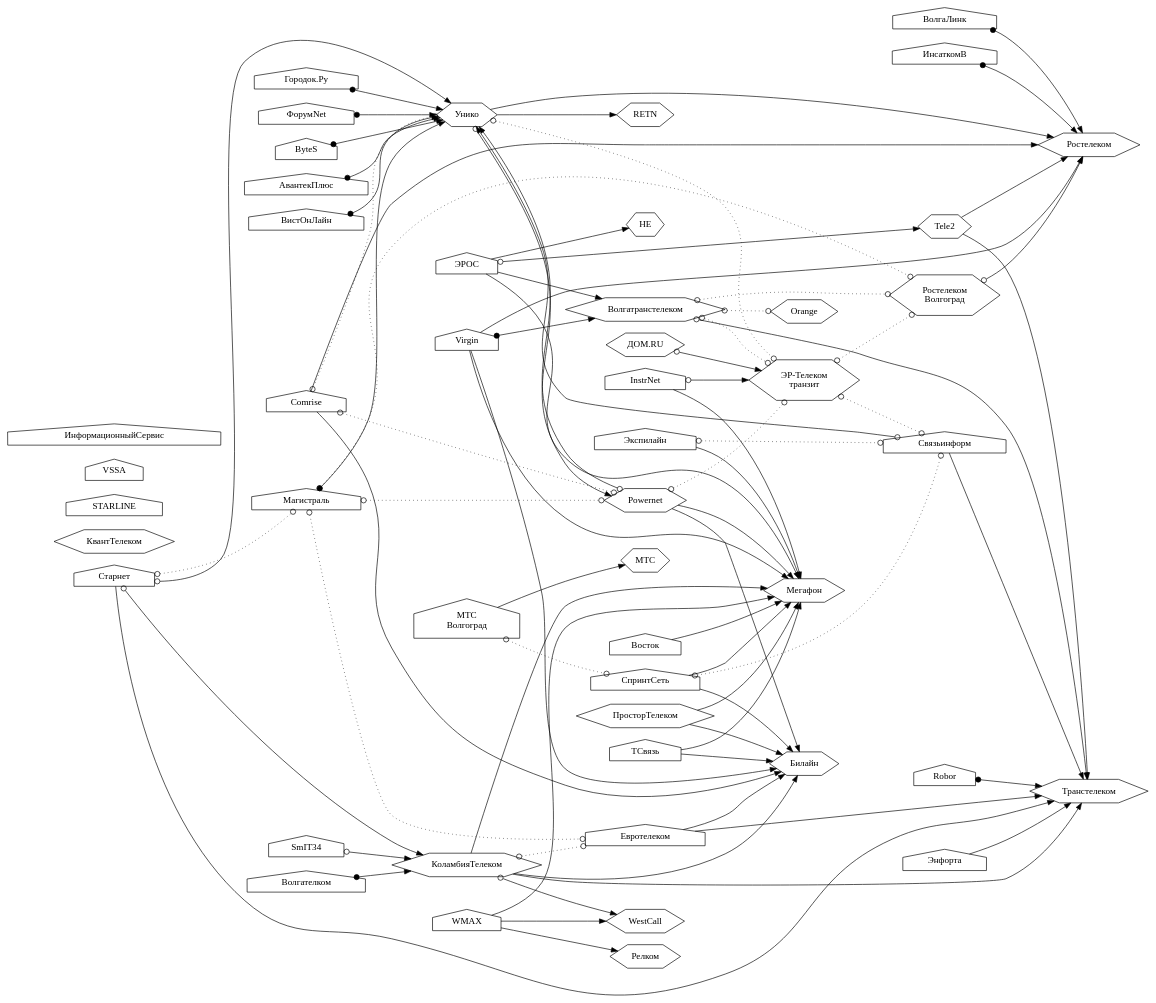
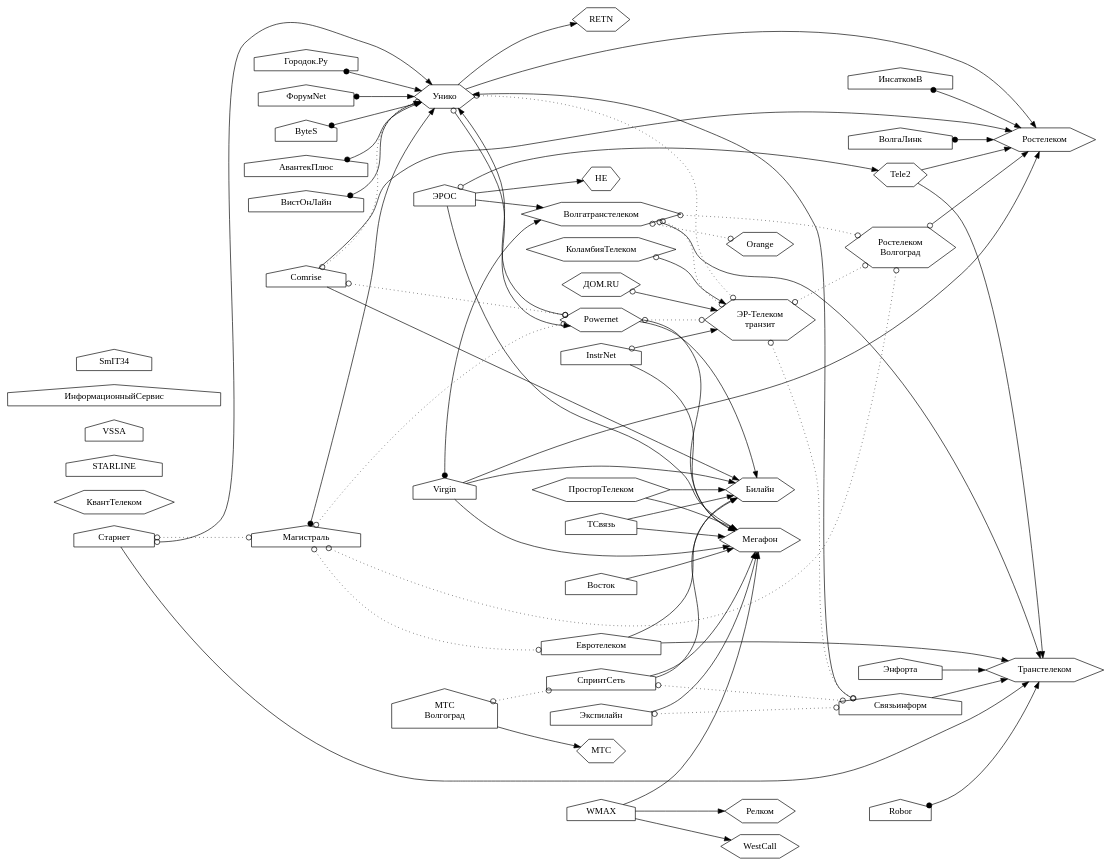
One commit to Urlandi/elsv-v.ru changed the diagram in static/links/links.dot. Above: the diagram before and after it, drawn with Graphviz. The commit also changed 5 other files, not shown here.

```diff
--- a/static/links/links.dot
+++ b/static/links/links.dot
@@ -1,186 +1,172 @@
 digraph ispgraph {
 
 rankdir = LR;
 node [shape=house;];
 
 Унико, ДомРу, ЭрТелеком, Транстелеком, Волгатранстелеком, Релком [shape=hexagon;];
 Мегафон, Вымпелком, КоламбияТелеком, Ростелеком, HE, КвантТелеком [shape=hexagon;];
 Tele2, МТС, ЮТК, Orange, ПросторТелеком, WestCall, Powernet, RETN [shape=hexagon;];
 
 ДомРу [label="ДОМ.RU"];
 ЭрТелеком [label="ЭР-Телеком\nтранзит"];
 МКС [label="МТС\nВолгоград"];
 ЮТК [label="Ростелеком\nВолгоград"];
 Вымпелком [label="Билайн"];
 ГородокТочкаРу [label="Городок.Ру"];
 
 subgraph backbone {/*Собственная опорная сеть*/
 Транстелеком;
 Мегафон;
 Вымпелком;
 Ростелеком;
 HE;
 МТС;
 Orange;
 ЭрТелеком;
 WestCall;
 };
 
 subgraph Ростелеком {/*Провайдеры члены Ростелеком*/
 Ростелеком;
 ЮТК;
 };
 
 subgraph ЭрТелекомХолдинг {/*ЭР-Телеком*/
 ДомРу;
 ЭрТелеком;
-};
-
-subgraph WestCall {/*Провайдеры члены WestCall*/
-WestCall;
 КоламбияТелеком;
 };
 
 {/*Отсутствует информация о подключении*/
 STARLINE;
 VSSA;
 ИнформационныйСервис;
 КвантТелеком;
+SmIT34;
 };
 
 
 {/*Магистральные связи*/
 
 Связьинформ -> Транстелеком;
 
 Tele2 -> Ростелеком;
 Tele2 -> Транстелеком;
 
 СпринтСеть -> Вымпелком;
 СпринтСеть -> Мегафон;
 
 Старнет -> Транстелеком;
 
 Экспилайн -> Мегафон;
 
 ЭРОС -> Волгатранстелеком;
 ЭРОС -> HE;
 ЭРОС -> Мегафон;
 
 Comrise -> Ростелеком;
 Comrise -> Вымпелком;
 
 МКС -> МТС;
 
 Powernet -> Мегафон;
 Powernet -> Вымпелком;
 
 Евротелеком -> Транстелеком;
 Евротелеком -> Вымпелком;
 
-КоламбияТелеком -> Транстелеком;
-КоламбияТелеком -> Вымпелком;
-КоламбияТелеком -> Мегафон;
-
 Virgin -> Вымпелком;
 Virgin -> Мегафон;
 Virgin -> Ростелеком;
 
 Унико -> Ростелеком;
 Унико -> RETN;
 
 Энфорта -> Транстелеком;
 
 ПросторТелеком -> Вымпелком;
 ПросторТелеком -> Мегафон;
 
 WMAX -> Мегафон;
 WMAX -> WestCall;
 WMAX -> Релком;
 
 InstrNet -> Мегафон;
 
 ТСвязь -> Мегафон;
 ТСвязь -> Вымпелком;
 
 Восток -> Мегафон;
 
 {/*Пиринг с магистральным оператором*/
 edge [dir=both; arrowtail=odot;];
 
 Связьинформ -> Унико;
 
-Старнет -> КоламбияТелеком;
 Старнет -> Унико;
 
 ЭРОС -> Tele2;
 
 Powernet -> Унико;
 Унико -> Powernet;
 
 ЮТК -> Ростелеком;
 
 Волгатранстелеком -> Транстелеком;
 
 ДомРу -> ЭрТелеком;
+КоламбияТелеком -> ЭрТелеком;
 
 InstrNet -> ЭрТелеком;
-
-КоламбияТелеком -> WestCall;
-
-SmIT34 -> КоламбияТелеком;
 
 };
 
 {/*Маршрутизация на оборудовании магистрального оператора*/
 edge [dir=both; arrowtail=dot;];
 
 ВолгаЛинк -> Ростелеком;
-Волгателком -> КоламбияТелеком;
 ИнсаткомВ -> Ростелеком;
 Магистраль -> Унико;
 ГородокТочкаРу -> Унико;
 ФорумNet -> Унико;
 ByteS -> Унико;
 АвантекПлюс -> Унико;
 Robor -> Транстелеком;
 Virgin -> Волгатранстелеком;
 ВистОнЛайн -> Унико;
 };
 
 };
 
 {/*Пиринг*/
 
 edge [dir=both; arrowhead=odot; arrowtail=odot; style=dotted;];
 
 СпринтСеть -> Связьинформ;
 МКС -> СпринтСеть;
 
 Старнет -> Магистраль;
 
 Экспилайн -> Связьинформ;
 
 Comrise -> Унико;
 Comrise -> Powernet;
 
 Powernet -> ЭрТелеком;
 
-КоламбияТелеком -> Евротелеком;
-
 Магистраль -> Powernet;
 Магистраль -> ЮТК;
 Магистраль -> Евротелеком;
 
 Унико -> ЭрТелеком;
 
 Волгатранстелеком -> ЮТК;
 Волгатранстелеком -> ЭрТелеком;
 Волгатранстелеком -> Orange;
 
 ЭрТелеком -> ЮТК;
 ЭрТелеком -> Связьинформ;
 
 };
 
 }
```
